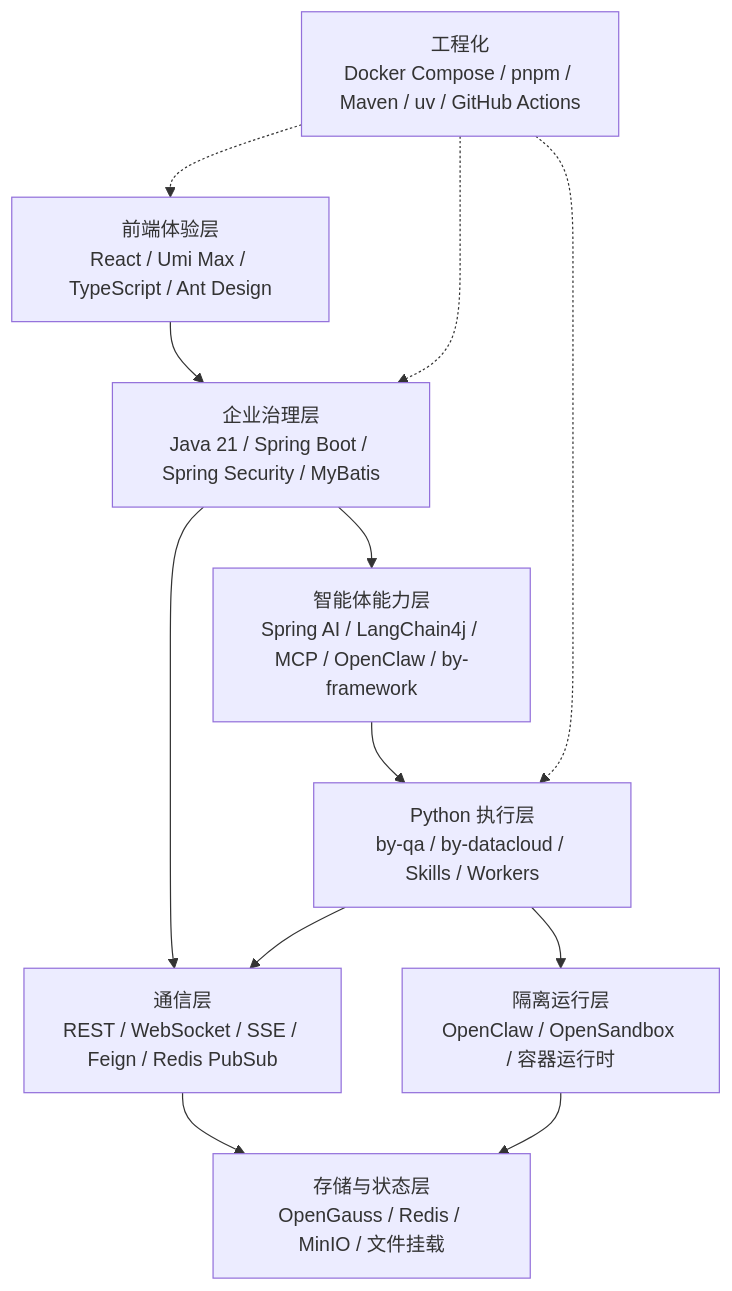
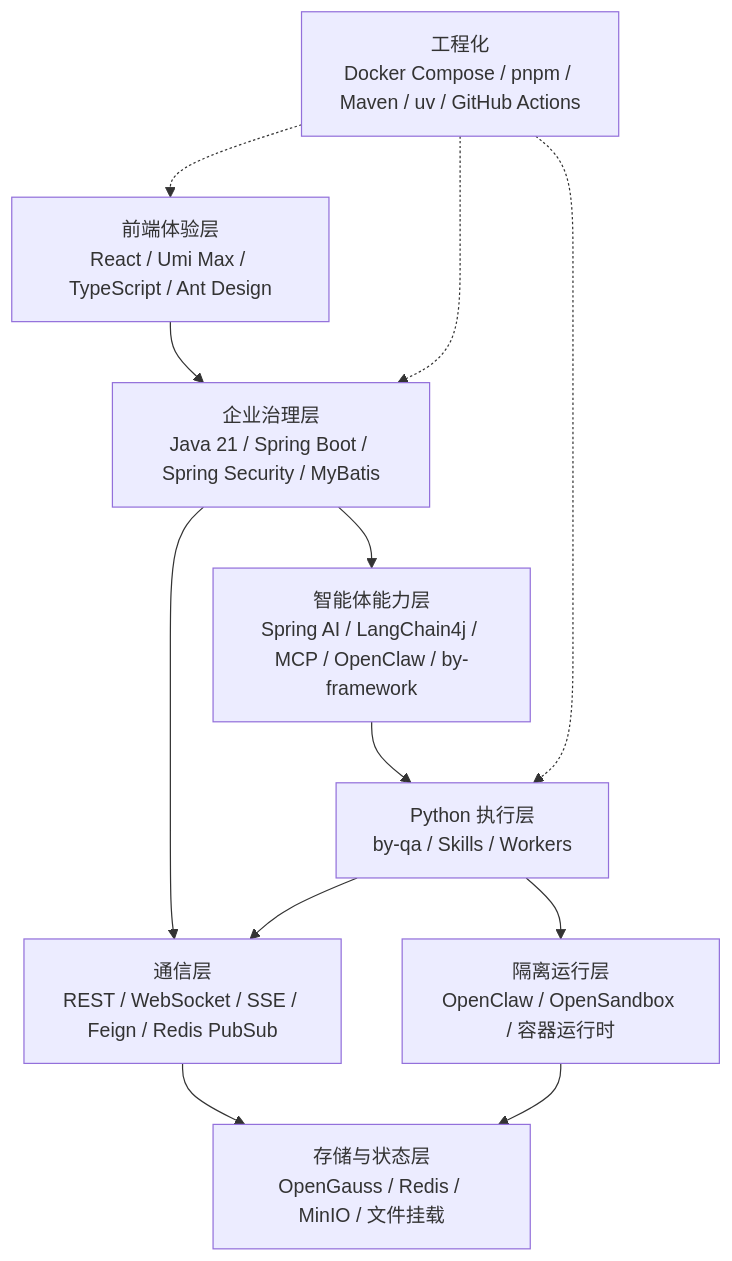
Before and after one commit to beyonai/ByClaw: the third of 5 diagrams in README.md, drawn with Mermaid. The commit also changed other lines of this file and 1 other file, not shown here.

Commit message:
docs: remove byclaw-data from the architecture overview

````diff
--- a/README.md
+++ b/README.md
@@ -171,14 +167,14 @@
 ```mermaid
 flowchart TB
     ui["前端体验层<br/>React / Umi Max / TypeScript / Ant Design"] --> api["企业治理层<br/>Java 21 / Spring Boot / Spring Security / MyBatis"]
     api --> agent["智能体能力层<br/>Spring AI / LangChain4j / MCP / OpenClaw / by-framework"]
-    agent --> py["Python 执行层<br/>by-qa / by-datacloud / Skills / Workers"]
+    agent --> py["Python 执行层<br/>by-qa / Skills / Workers"]
     api --> comm["通信层<br/>REST / WebSocket / SSE / Feign / Redis PubSub"]
     py --> comm
     comm --> storage["存储与状态层<br/>OpenGauss / Redis / MinIO / 文件挂载"]
     py --> runtime["隔离运行层<br/>OpenClaw / OpenSandbox / 容器运行时"]
     runtime --> storage
     devops["工程化<br/>Docker Compose / pnpm / Maven / uv / GitHub Actions"] -.-> ui
     devops -.-> api
     devops -.-> py
 ```
````
